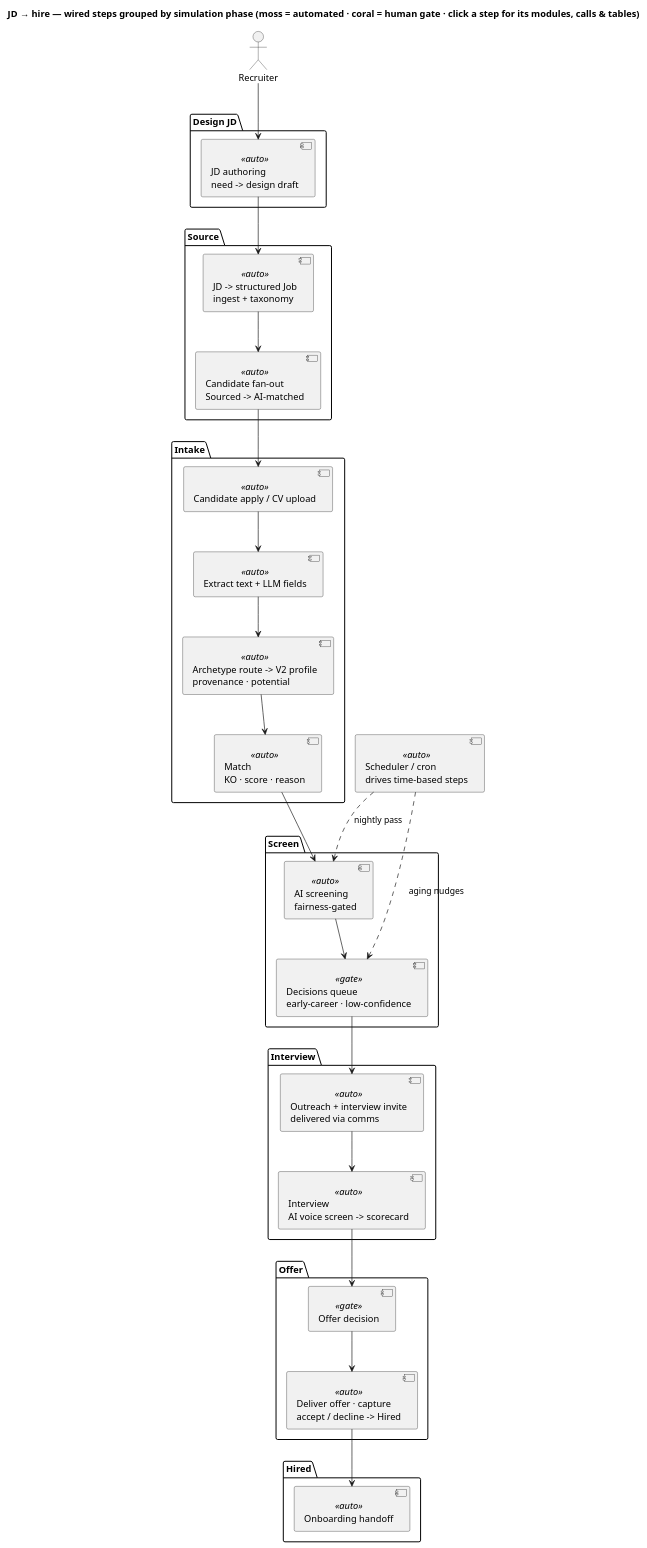
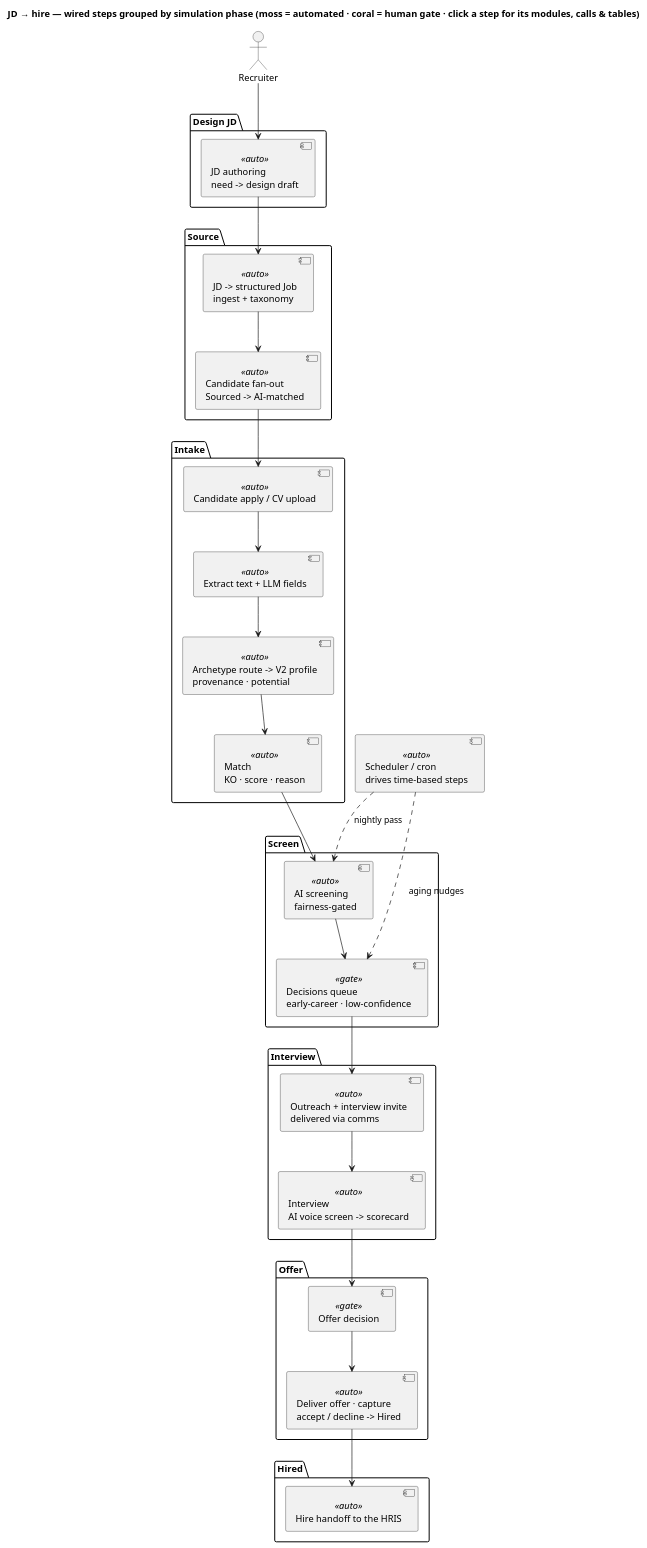
One commit to xkazm04/kp changed the diagram in docs/diagrams/15-automated-pipeline-tobe.puml. Above: the diagram before and after it, drawn with PlantUML. The commit also changed 516 other files, not shown here.

```diff
--- a/docs/diagrams/15-automated-pipeline-tobe.puml
+++ b/docs/diagrams/15-automated-pipeline-tobe.puml
@@ -1,53 +1,53 @@
 @startuml automated-pipeline-tobe
 title JD → hire — wired steps grouped by simulation phase (moss = automated · coral = human gate · click a step for its modules, calls & tables)
 
 actor "Recruiter" as rec
 
 package "Design JD" {
   [JD authoring\nneed -> design draft] <<auto>> as jd
 }
 package "Source" {
   [JD -> structured Job\ningest + taxonomy] <<auto>> as ingest
   [Candidate fan-out\nSourced -> AI-matched] <<auto>> as dist
 }
 package "Intake" {
   [Candidate apply / CV upload] <<auto>> as apply
   [Extract text + LLM fields] <<auto>> as extract
   [Archetype route -> V2 profile\nprovenance · potential] <<auto>> as v2
   [Match\nKO · score · reason] <<auto>> as match
 }
 package "Screen" {
   [AI screening\nfairness-gated] <<auto>> as screen
   [Decisions queue\nearly-career · low-confidence] <<gate>> as decide
 }
 package "Interview" {
   [Outreach + interview invite\ndelivered via comms] <<auto>> as engage
   [Interview\nAI voice screen -> scorecard] <<auto>> as interview
 }
 package "Offer" {
   [Offer decision] <<gate>> as offer
   [Deliver offer · capture\naccept / decline -> Hired] <<auto>> as close
 }
 package "Hired" {
-  [Onboarding handoff] <<auto>> as hire
+  [Hire handoff to the HRIS] <<auto>> as hire
 }
 
 [Scheduler / cron\ndrives time-based steps] <<auto>> as cron
 
 rec --> jd
 jd --> ingest
 ingest --> dist
 dist --> apply
 apply --> extract
 extract --> v2
 v2 --> match
 match --> screen
 screen --> decide
 decide --> engage
 engage --> interview
 interview --> offer
 offer --> close
 close --> hire
 cron ..> screen : nightly pass
 cron ..> decide : aging nudges
 @enduml
```
